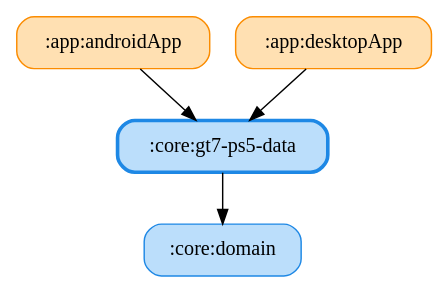
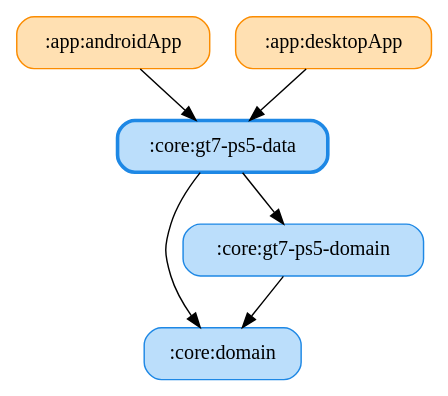
The diagram in docs/graphs/core-gt7-ps5-data.gv (ai-kurou/KoDriver), drawn with Graphviz before and after one commit. The commit also changed 31 other files, not shown here.

Commit message:
chore: update module graph images

```diff
--- a/docs/graphs/core-gt7-ps5-data.gv
+++ b/docs/graphs/core-gt7-ps5-data.gv
@@ -1,11 +1,14 @@
 digraph G {
   rankdir=TB
   node [shape=box, style="rounded,filled"]
   ":app:androidApp" [fillcolor="#FFE0B2", color="#FB8C00", penwidth=1]
   ":app:desktopApp" [fillcolor="#FFE0B2", color="#FB8C00", penwidth=1]
   ":core:domain" [fillcolor="#BBDEFB", color="#1E88E5", penwidth=1]
   ":core:gt7-ps5-data" [fillcolor="#BBDEFB", color="#1E88E5", penwidth=2.5]
+  ":core:gt7-ps5-domain" [fillcolor="#BBDEFB", color="#1E88E5", penwidth=1]
   ":app:androidApp" -> ":core:gt7-ps5-data"
   ":app:desktopApp" -> ":core:gt7-ps5-data"
   ":core:gt7-ps5-data" -> ":core:domain"
+  ":core:gt7-ps5-data" -> ":core:gt7-ps5-domain"
+  ":core:gt7-ps5-domain" -> ":core:domain"
 }
```
